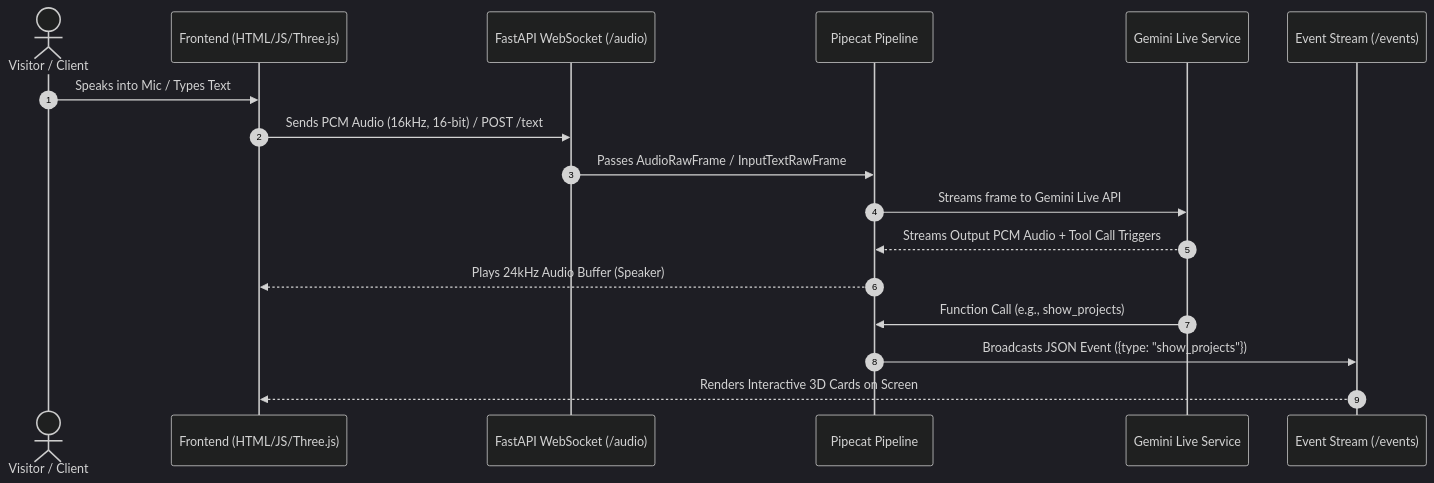
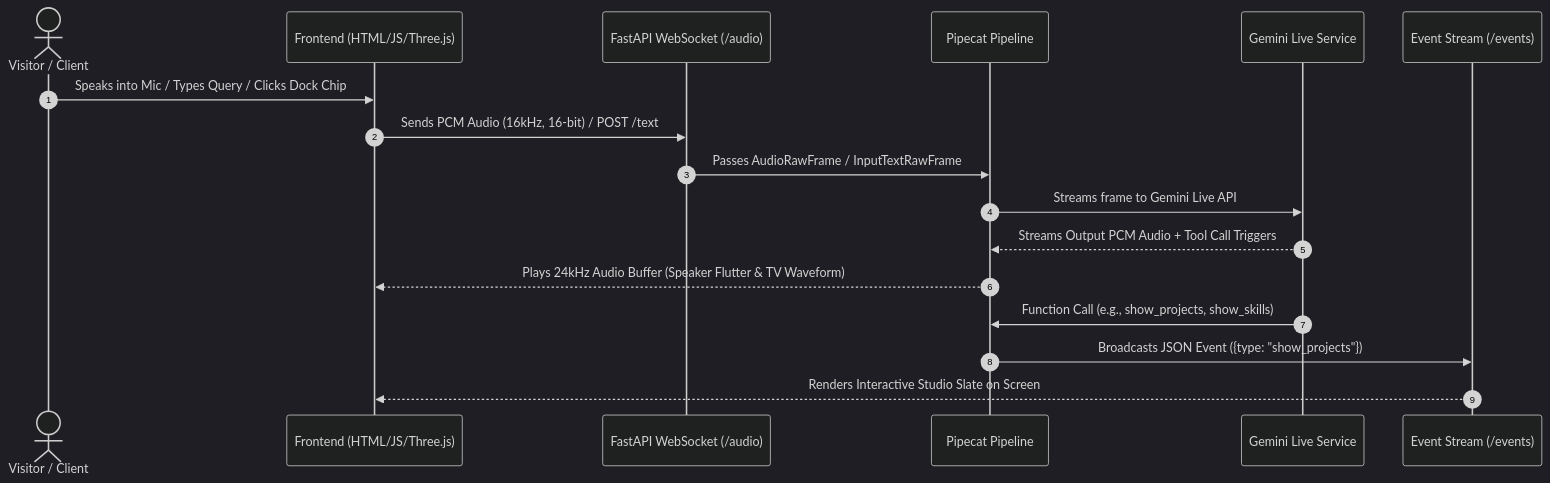
Before and after one commit to Cyberpradeep/portfolio_agentic: the diagram in README.md, drawn with Mermaid (dark theme). The commit also changed other lines of this file and 39 other files, not shown here.

````diff
--- a/README.md
+++ b/README.md
@@ -75,20 +33,20 @@
 ```mermaid
 sequenceDiagram
     autonumber
     actor User as Visitor / Client
     participant Browser as Frontend (HTML/JS/Three.js)
     participant WS as FastAPI WebSocket (/audio)
     participant Pipe as Pipecat Pipeline
     participant LLM as Gemini Live Service
     participant SSE as Event Stream (/events)
 
-    User->>Browser: Speaks into Mic / Types Text
+    User->>Browser: Speaks into Mic / Types Query / Clicks Dock Chip
     Browser->>WS: Sends PCM Audio (16kHz, 16-bit) / POST /text
     WS->>Pipe: Passes AudioRawFrame / InputTextRawFrame
     Pipe->>LLM: Streams frame to Gemini Live API
     LLM-->>Pipe: Streams Output PCM Audio + Tool Call Triggers
-    Pipe-->>Browser: Plays 24kHz Audio Buffer (Speaker)
-    LLM->>Pipe: Function Call (e.g., show_projects)
+    Pipe-->>Browser: Plays 24kHz Audio Buffer (Speaker Flutter & TV Waveform)
+    LLM->>Pipe: Function Call (e.g., show_projects, show_skills)
     Pipe->>SSE: Broadcasts JSON Event ({type: "show_projects"})
-    SSE-->>Browser: Renders Interactive 3D Cards on Screen
+    SSE-->>Browser: Renders Interactive Studio Slate on Screen
 ```
````
